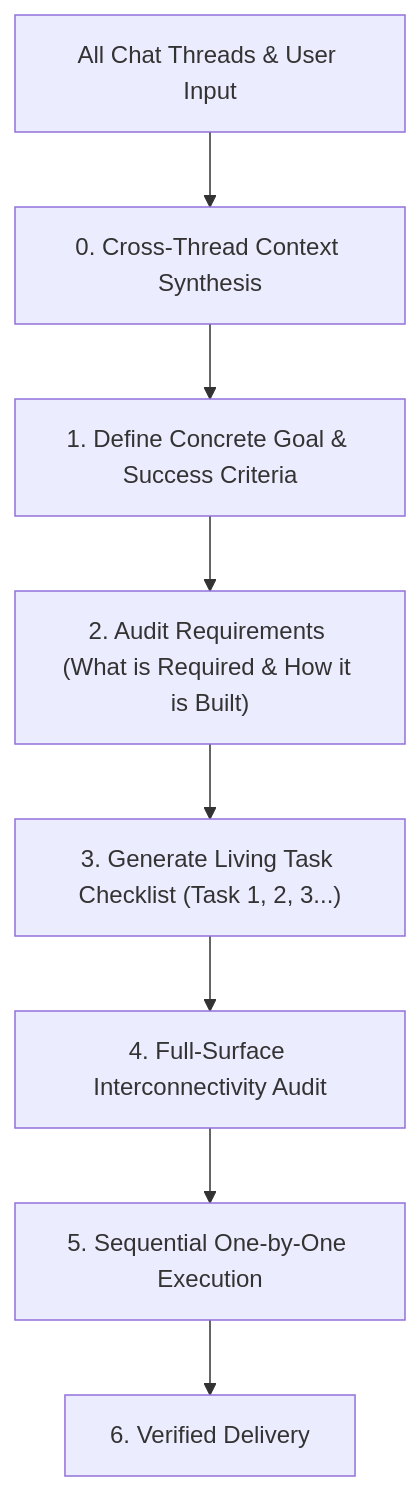
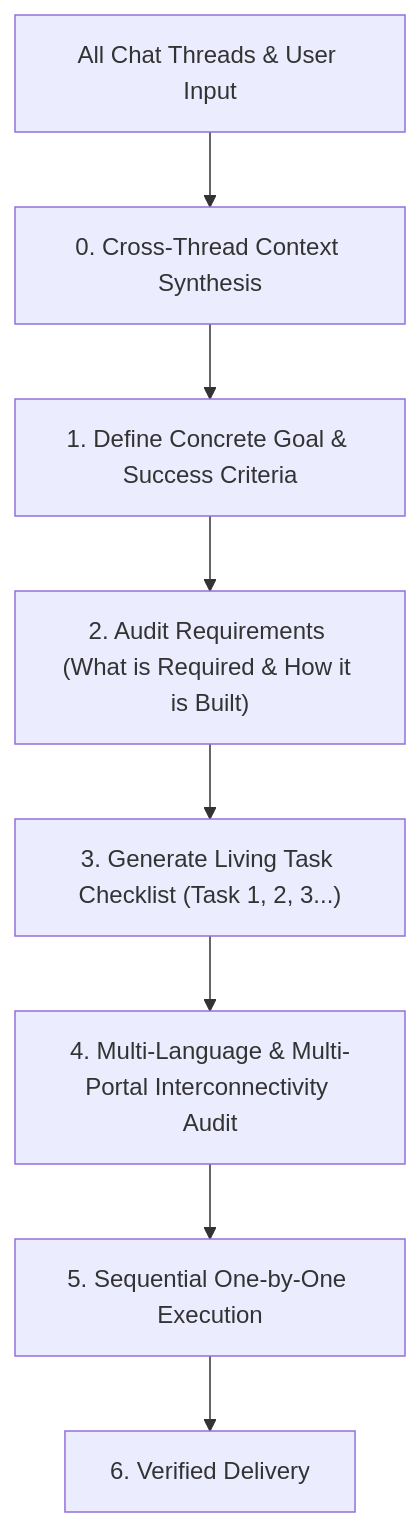
The diagram in README.md (parinkukadia55/zero-guess-debugger), drawn with Mermaid before and after one commit. The commit also changed other lines of this file and 5 other files, not shown here.

Commit message:
feat: add multi-language (i18n) parity shield and multi-portal ecosystem interconnectivity (web + home + admin + mobile)

````diff
--- a/README.md
+++ b/README.md
@@ -38,10 +39,10 @@
 ```mermaid
 flowchart TD
     Chat["All Chat Threads & User Input"] --> Context["0. Cross-Thread Context Synthesis"]
     Context --> Goal["1. Define Concrete Goal & Success Criteria"]
     Goal --> Req["2. Audit Requirements (What is Required & How it is Built)"]
     Req --> Tasks["3. Generate Living Task Checklist (Task 1, 2, 3...)"]
-    Tasks --> Inter["4. Full-Surface Interconnectivity Audit"]
+    Tasks --> Inter["4. Multi-Language & Multi-Portal Interconnectivity Audit"]
     Inter --> Exec["5. Sequential One-by-One Execution"]
     Exec --> Done["6. Verified Delivery"]
 ```
````
